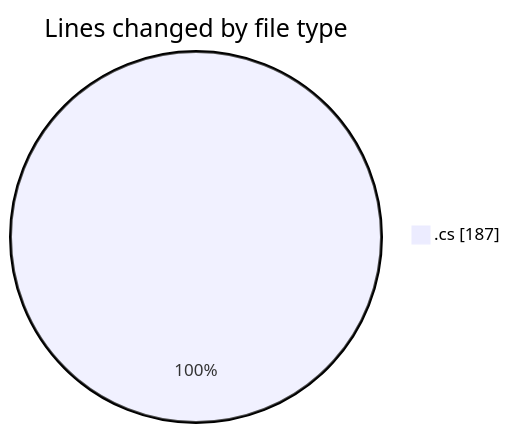
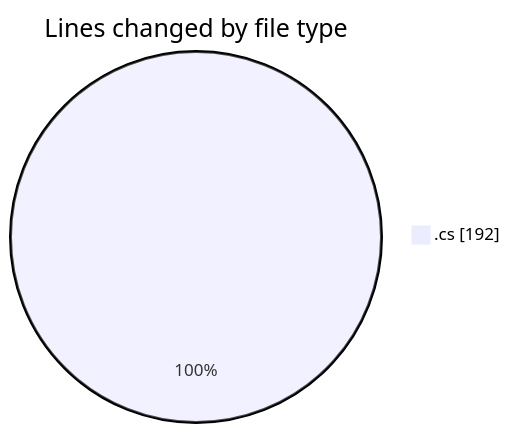
The first of 2 diagrams in 2025-10-26/skintrack/README.md (Netris89/code-tracking), drawn with Mermaid before and after one commit. The commit also changed other lines of this file and 1 other file, not shown here.

````diff
--- a/2025-10-26/skintrack/README.md
+++ b/2025-10-26/skintrack/README.md
@@ -25,5 +25,5 @@
 ```mermaid
 pie showData
 title Lines changed by file type
-".cs" : 187
+".cs" : 192
 ```
````
